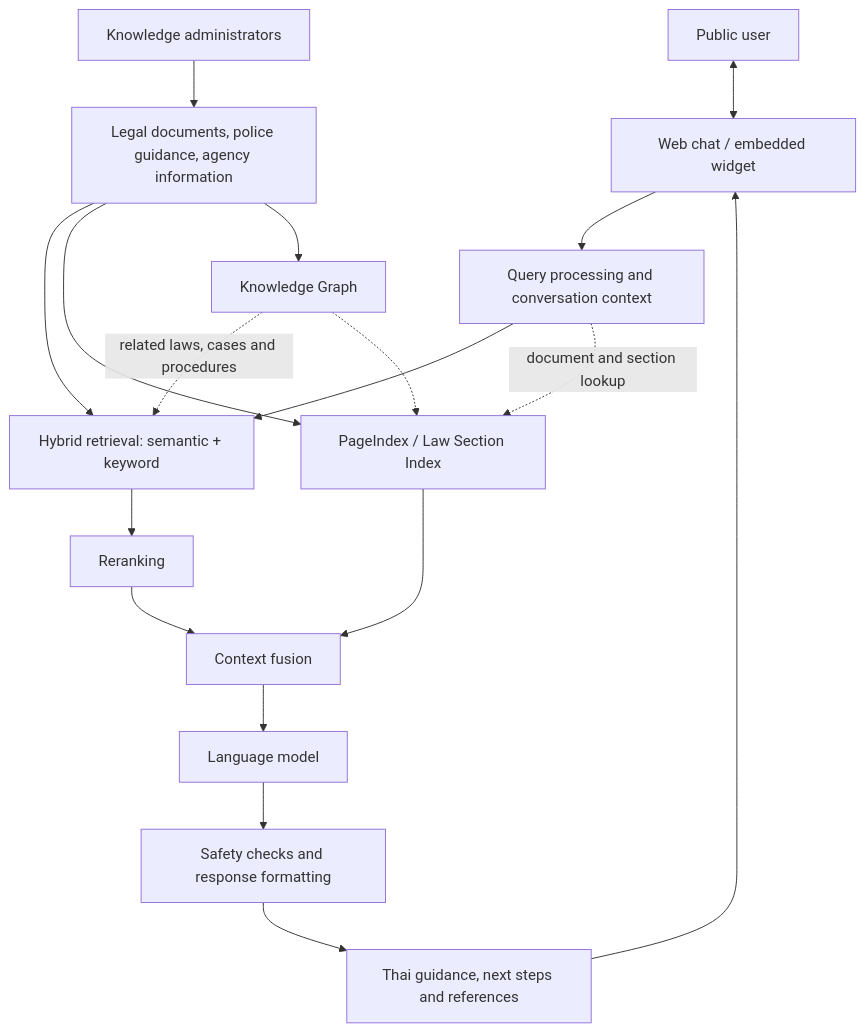
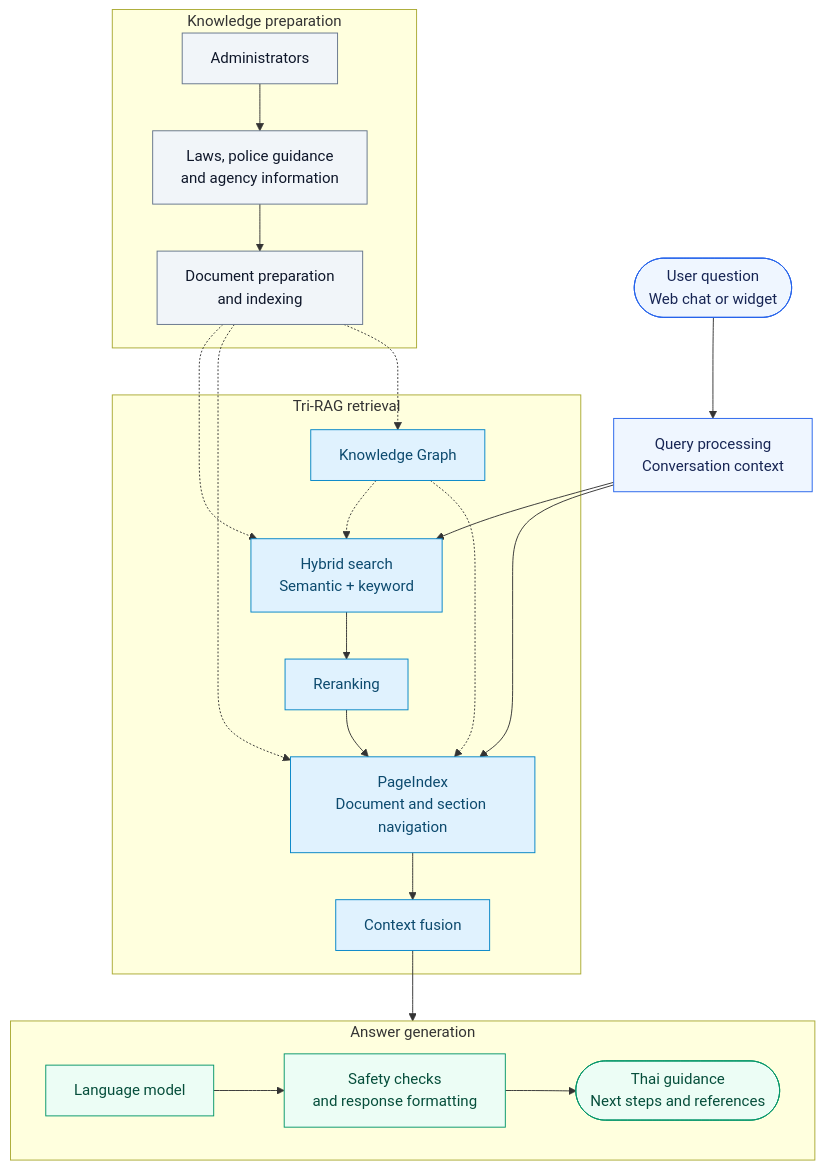
Before and after one commit to scott-kj/CIBBot: the diagram in README.md, drawn with Mermaid. The commit also changed other lines of this file, not shown here.

Commit message:
Simplify the README and improve the architecture diagram

````diff
--- a/README.md
+++ b/README.md
@@ -64,20 +38,39 @@
 ```mermaid
-flowchart TD
-    User["Public user"] <--> Chat["Web chat / embedded widget"]
-    Chat --> Query["Query processing and conversation context"]
-    Query --> Retrieval["Hybrid retrieval: semantic + keyword"]
-    Admin["Knowledge administrators"] --> Sources["Legal documents, police guidance, agency information"]
-    Sources --> Retrieval
-    Sources --> Page["PageIndex / Law Section Index"]
-    Sources --> Graph["Knowledge Graph"]
-    Graph -. "related laws, cases and procedures" .-> Retrieval
-    Graph -.-> Page
-    Query -. "document and section lookup" .-> Page
-    Retrieval --> Rank["Reranking"]
-    Rank --> Context["Context fusion"]
-    Page --> Context
-    Context --> LLM["Language model"]
-    LLM --> Safety["Safety checks and response formatting"]
-    Safety --> Answer["Thai guidance, next steps and references"]
-    Answer --> Chat
+flowchart TB
+    U(["User question<br/>Web chat or widget"]) --> Q["Query processing<br/>Conversation context"]
+
+    subgraph KB["Knowledge preparation"]
+        A["Administrators"] --> D["Laws, police guidance<br/>and agency information"]
+        D --> I["Document preparation<br/>and indexing"]
+    end
+
+    subgraph RAG["Tri-RAG retrieval"]
+        H["Hybrid search<br/>Semantic + keyword"] --> R["Reranking"]
+        R --> P["PageIndex<br/>Document and section navigation"]
+        P --> C["Context fusion"]
+        K["Knowledge Graph"] -.-> H
+        K -.-> P
+    end
+
+    Q --> H
+    Q --> P
+    I -.-> H
+    I -.-> P
+    I -.-> K
+
+    subgraph GEN["Answer generation"]
+        L["Language model"] --> S["Safety checks<br/>and response formatting"]
+        S --> O(["Thai guidance<br/>Next steps and references"])
+    end
+
+    C --> GEN
+
+    classDef entry fill:#eff6ff,stroke:#2563eb,color:#172554;
+    classDef knowledge fill:#f1f5f9,stroke:#64748b,color:#0f172a;
+    classDef retrieval fill:#e0f2fe,stroke:#0284c7,color:#0c4a6e;
+    classDef answer fill:#ecfdf5,stroke:#059669,color:#064e3b;
+    class U,Q entry;
+    class A,D,I knowledge;
+    class H,R,P,C,K retrieval;
+    class L,S,O answer;
 ```
````
